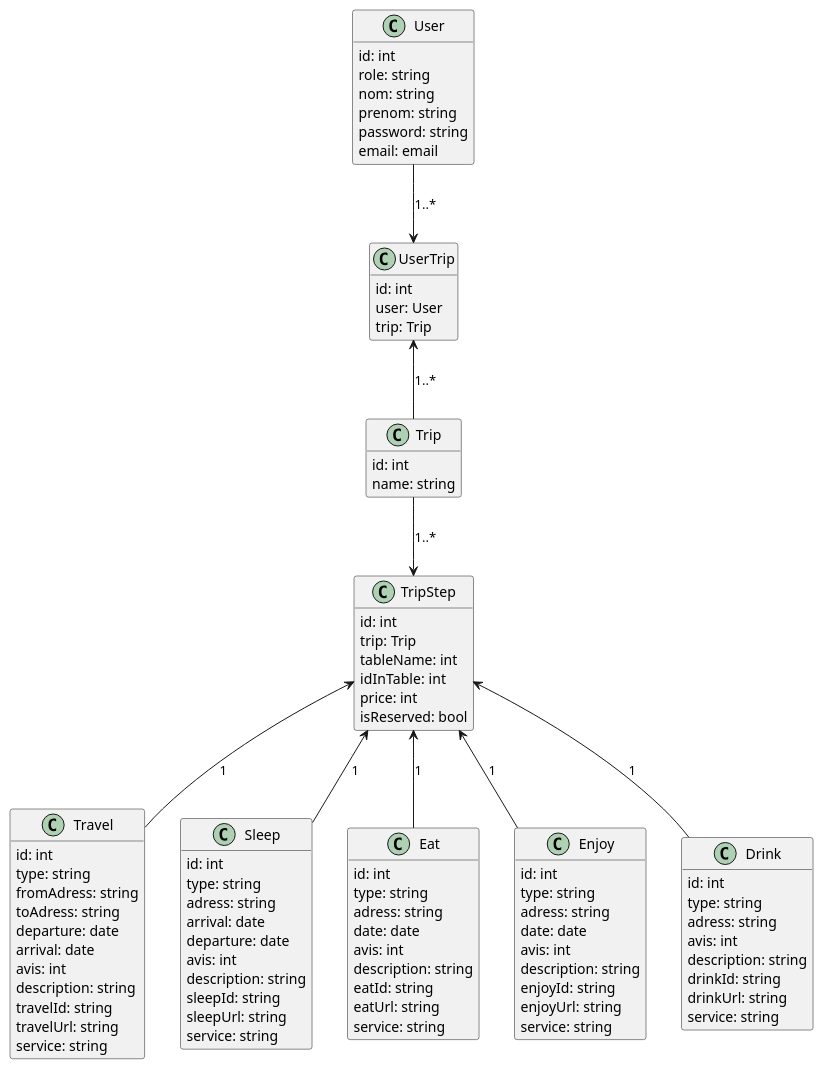
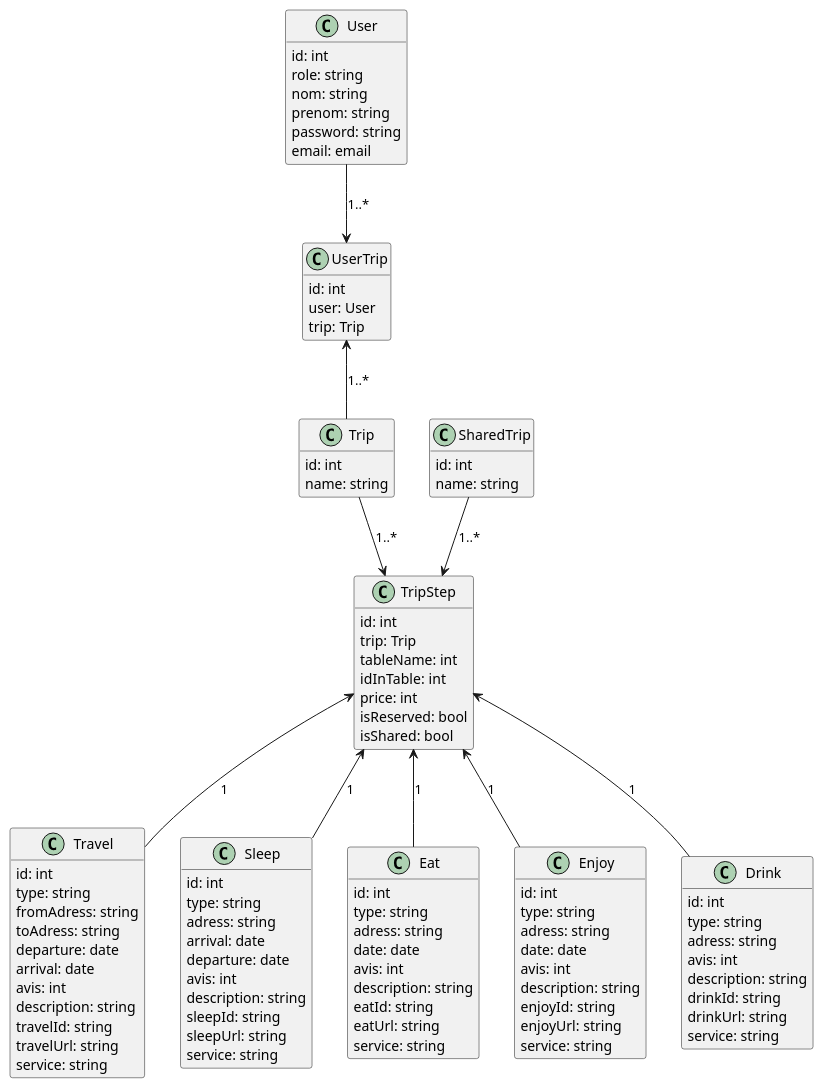
One commit to Msc1-NAN24/T-WEB-800-NAN_6 changed the diagram in Documentation/Diagram.puml. Above: the diagram before and after it, drawn with PlantUML. The commit also changed 1 other file, not shown here.

Commit message:
doc: Improve trip routes and UML Diagram to implement trip sharing

```diff
--- a/Documentation/Diagram.puml
+++ b/Documentation/Diagram.puml
@@ -1,114 +1,120 @@
 @startuml
 hide methods
 
 class User {
     id: int
     role: string
     nom: string
     prenom: string
     password: string
     email: email
 }
 
 class UserTrip {
     id: int
     user: User
     trip: Trip
 }
 
 class Trip {
     id: int
     name: string
     ' isShared: bool (c'est pour que les personnes puissent l'avoir en recommandation pour l'importer)
 }
 
 class Travel{
     id: int
     type: string
     ' fromCity: string
     fromAdress: string
     ' toCity: string
     toAdress: string
     departure: date
     arrival: date
     avis: int
     description: string
     travelId: string
     travelUrl: string
     service: string
 }
 
 
 class Sleep{
     id: int
     type: string
     adress: string
     arrival: date
     departure: date
     avis: int
     description: string
     sleepId: string
     sleepUrl: string
     service: string
 }
 
 class Eat{
     id: int
     type: string
     adress: string
     date: date
     avis: int
     description: string
     eatId: string
     eatUrl: string
     service: string
 }
 
 class Enjoy{
     id: int
     type: string
     adress: string
     date: date
     avis: int
     description: string
     enjoyId: string
     enjoyUrl: string
     service: string
 }
 
 class Drink{
     id: int
     type: string
     adress: string
     ' date: date
     avis: int
     description: string
     drinkId: string
     drinkUrl: string
     service: string
 }
 
 class TripStep {
     id: int
     trip: Trip
     tableName: int
     idInTable: int
     ' nbAdults: int
     ' nbChildren: int
     price: int
     isReserved: bool
+    isShared: bool
+}
 
+class SharedTrip {
+    id: int
+    name: string
 }
 
 
+SharedTrip --> TripStep: "1..*"
 User --> UserTrip: "1..*"
 UserTrip <-- Trip: "1..*"
 Trip --> TripStep: "1..*"
 TripStep <-- Travel: "1"
 TripStep <-- Drink: "1"
 TripStep <-- Eat: "1"
 TripStep <-- Sleep: "1"
 TripStep <-- Enjoy: "1"
 
 
 @enduml
```
